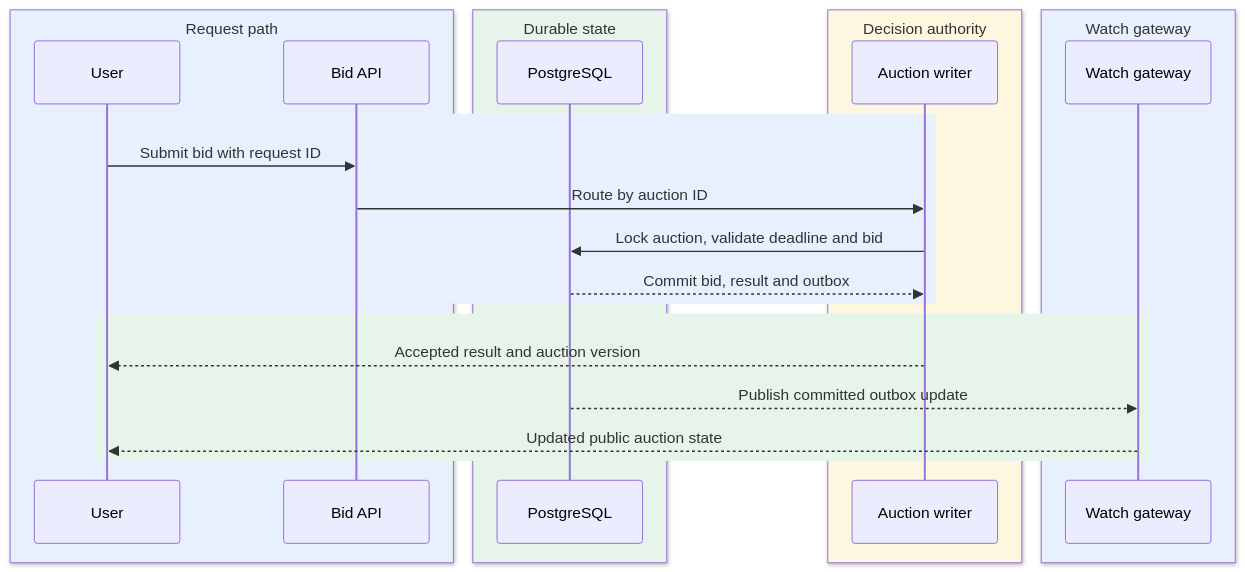
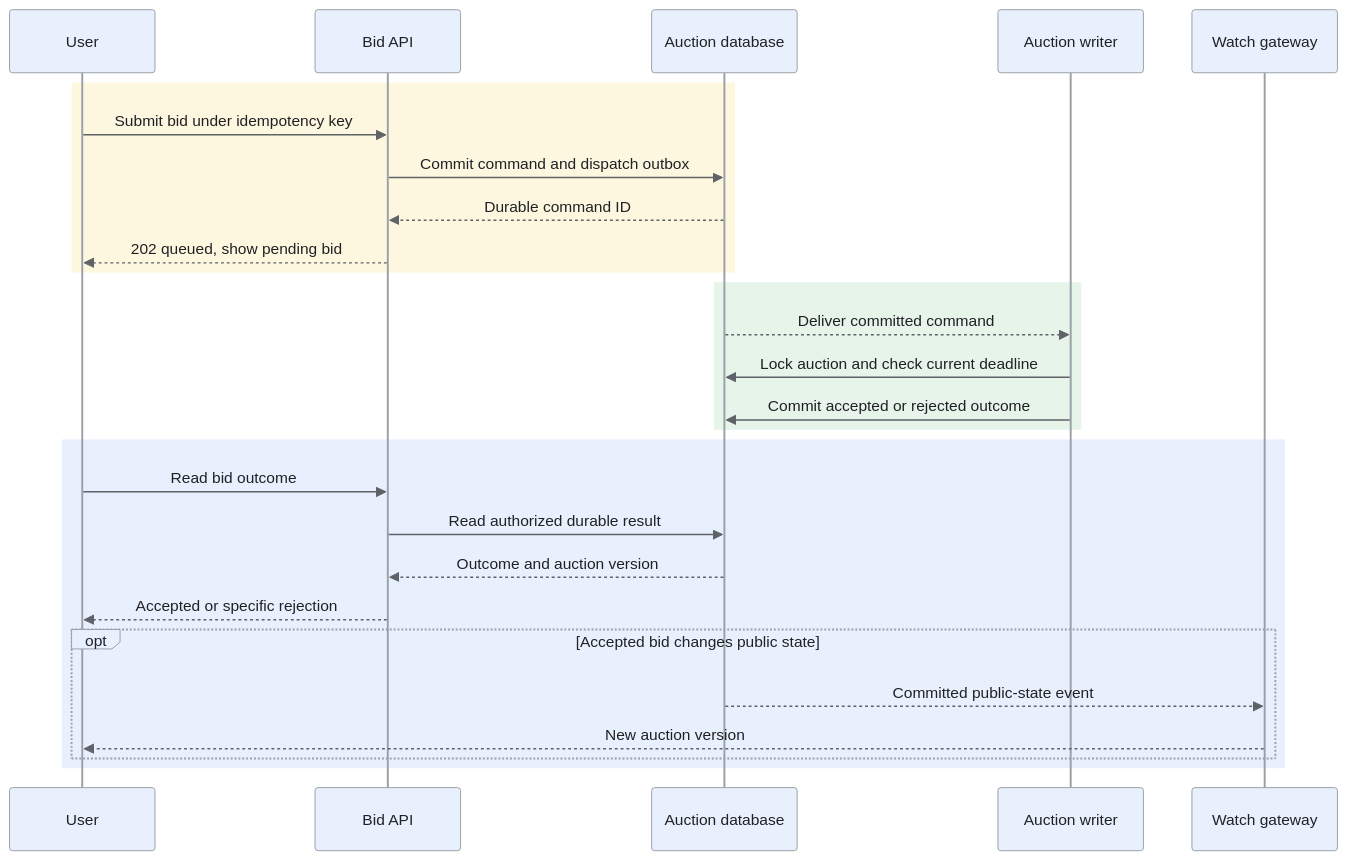
Before and after one commit to iliazlobin/iliazlobin.github.io: the second of 6 diagrams in _designs/online-auction.md, drawn with Mermaid. The commit also changed other lines of this file and 116 other files, not shown here.

````diff
--- a/_designs/online-auction.md
+++ b/_designs/online-auction.md
@@ -175,27 +175,31 @@
 ```mermaid
+%%{init: {"theme":"base","themeVariables":{"primaryColor":"#e8f0fe","primaryBorderColor":"#9aa0a6","primaryTextColor":"#202124","secondaryColor":"#e6f4ea","tertiaryColor":"#fef7e0","lineColor":"#5f6368","actorBkg":"#e8f0fe","actorBorder":"#9aa0a6","actorTextColor":"#202124","noteBkgColor":"#fef7e0","noteBorderColor":"#9aa0a6","noteTextColor":"#202124","signalColor":"#5f6368","signalTextColor":"#202124"}}}%%
 sequenceDiagram
-  box rgb(232,240,254) Request path
+    accTitle: Submitting and processing an auction bid
     participant U as User
     participant A as Bid API
-  end
-  box rgb(230,244,234) Durable state
-    participant D as PostgreSQL
-  end
-  box rgb(254,247,224) Decision authority
+    participant D as Auction database
     participant W as Auction writer
-  end
-  box rgb(232,240,254) Watch gateway
-    participant C as Watch gateway
-  end
-  rect rgb(232,240,254)
-    U->>A: Submit bid with request ID
-    A->>W: Route by auction ID
-    W->>D: Lock auction, validate deadline and bid
-    D-->>W: Commit bid, result and outbox
-  end
-  rect rgb(230,244,234)
-    W-->>U: Accepted result and auction version
-    D-->>C: Publish committed outbox update
-    C-->>U: Updated public auction state
-  end
+    participant G as Watch gateway
+    rect rgb(254, 247, 224)
+        U->>A: Submit bid under idempotency key
+        A->>D: Commit command and dispatch outbox
+        D-->>A: Durable command ID
+        A-->>U: 202 queued, show pending bid
+    end
+    rect rgb(230, 244, 234)
+        D-->>W: Deliver committed command
+        W->>D: Lock auction and check current deadline
+        W->>D: Commit accepted or rejected outcome
+    end
+    rect rgb(232, 240, 254)
+        U->>A: Read bid outcome
+        A->>D: Read authorized durable result
+        D-->>A: Outcome and auction version
+        A-->>U: Accepted or specific rejection
+        opt Accepted bid changes public state
+            D-->>G: Committed public-state event
+            G-->>U: New auction version
+        end
+    end
 ```
````
